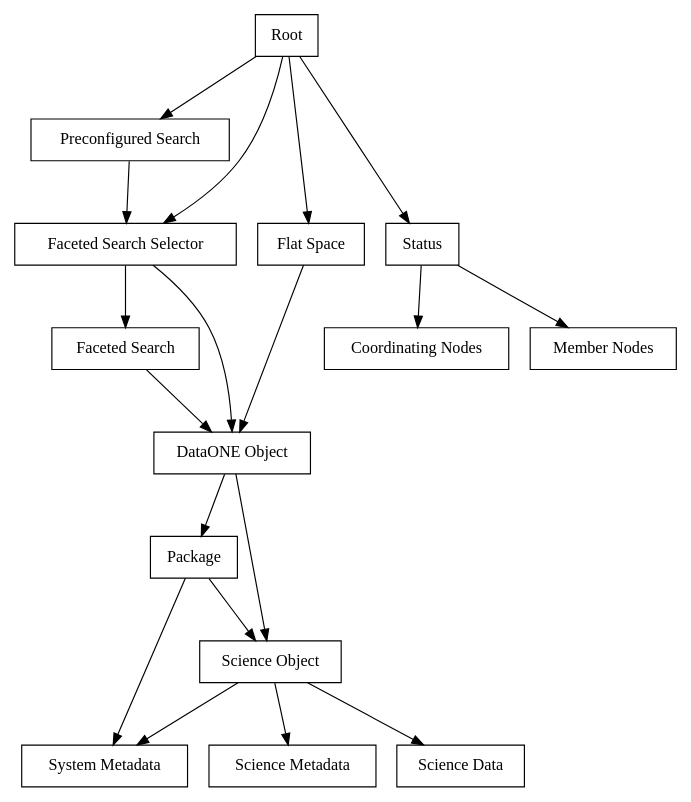
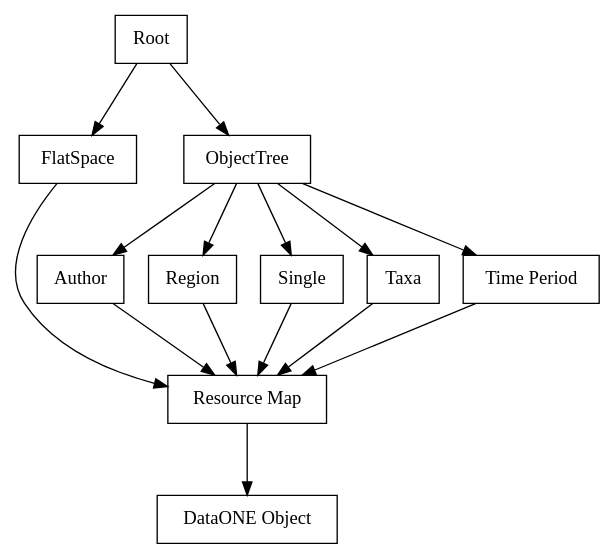
Before and after one commit to DataONEorg/d1_client_onedrive: the second of 2 diagrams in doc/source/architecture.rst, drawn with Graphviz. The commit also changed other lines of this file and 5 other files, not shown here.

```diff
--- a/doc/source/architecture.rst
+++ b/doc/source/architecture.rst
@@ -123,62 +41,52 @@
 .. graphviz::
 
   digraph G {
     ranksep = .75;
     size = "7,20";
     dpi = 72;
     node [shape = box];
     {
       rank = same;
       Root;
     }
     {
       rank = same;
-      "Preconfigured Search";
+      "FlatSpace";
+      "ObjectTree";
     }
     {
       rank = same;
-      "Faceted Search Selector";
-      "Flat Space";
-      Status;
+      "Author";
+      "Region";
+      "Single";
+      "Taxa";
+      "Time Period";
     }
     {
       rank = same;
-      "Faceted Search";
+      "Resource Map";
     }
     {
       rank = same;
       "DataONE Object";
     }
-    {
-      rank = same;
-      Package;
-    }
-    {
-      rank = same;
-      "Science Object";
-    }
 
-    Root -> "Faceted Search Selector";
-    Root -> "Preconfigured Search";
-    Root -> "Flat Space";
-    Root -> Status
+    Root -> "FlatSpace";
+    Root -> "ObjectTree";
 
-    "Faceted Search Selector" -> "DataONE Object";
-    "Faceted Search Selector" -> "Faceted Search";
-    "Preconfigured Search" -> "Faceted Search Selector"
-    "Flat Space" -> "DataONE Object";
-    Status -> "Coordinating Nodes";
-    Status -> "Member Nodes";
+    "ObjectTree" -> "Author";
+    "ObjectTree" -> "Region";
+    "ObjectTree" -> "Single";
+    "ObjectTree" -> "Taxa";
+    "ObjectTree" -> "Time Period";
 
-    "Faceted Search" -> "DataONE Object";
+    "FlatSpace" -> "Resource Map";
 
-    "DataONE Object" -> Package
-    "DataONE Object" -> "Science Object"
+    "Author" -> "Resource Map";
+    "Region" -> "Resource Map";
+    "Single" -> "Resource Map";
+    "Taxa" -> "Resource Map";
+    "Time Period" -> "Resource Map";
 
-    Package -> "Science Object"
-    Package -> "System Metadata"
-
-    "Science Object" -> "System Metadata"
-    "Science Object" -> "Science Metadata"
-    "Science Object" -> "Science Data"
+    "Resource Map" -> "DataONE Object"
   }
```
